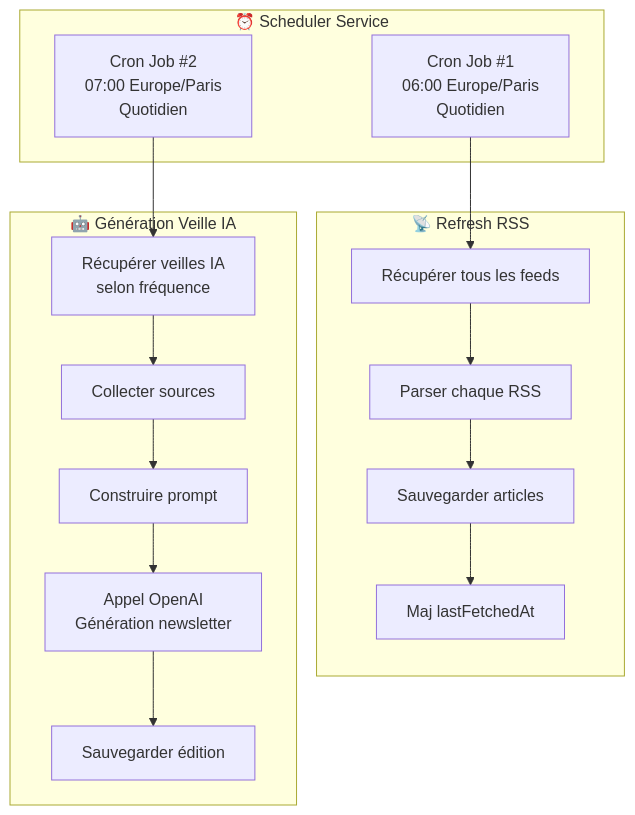
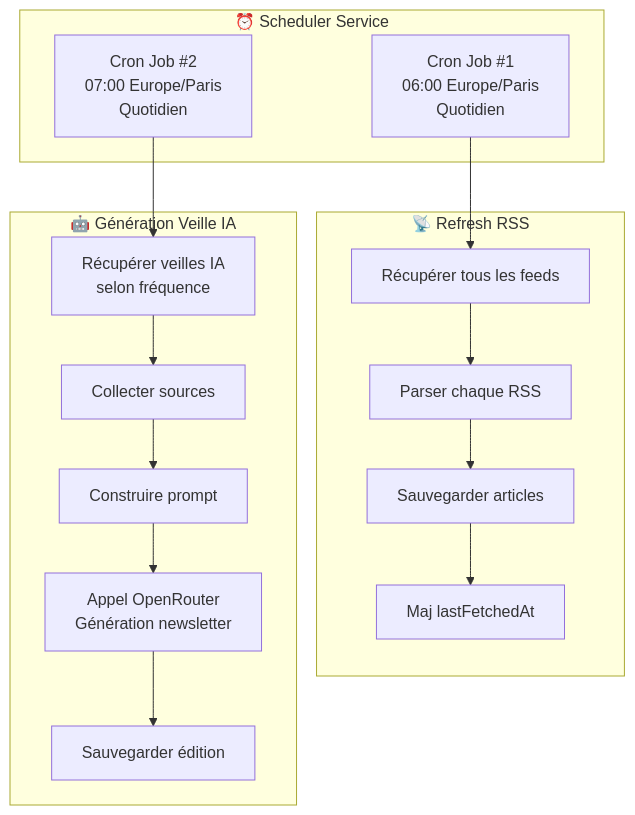
Before and after one commit to D4kooo/Altij-Ai-Lab: the eighth of 10 diagrams in docs/architecture-diagram.md, drawn with Mermaid. The commit also changed other lines of this file and 7 other files, not shown here.

````diff
--- a/docs/architecture-diagram.md
+++ b/docs/architecture-diagram.md
@@ -398,33 +440,33 @@
 ```mermaid
 graph TB
     subgraph Scheduler["⏰ Scheduler Service"]
         Cron1["Cron Job #1<br/>06:00 Europe/Paris<br/>Quotidien"]
         Cron2["Cron Job #2<br/>07:00 Europe/Paris<br/>Quotidien"]
     end
 
     subgraph Tasks1["📡 Refresh RSS"]
         GetFeeds["Récupérer tous les feeds"]
         FetchRSS["Parser chaque RSS"]
         SaveArticles["Sauvegarder articles"]
         UpdateTimestamp["Maj lastFetchedAt"]
     end
 
     subgraph Tasks2["🤖 Génération Veille IA"]
         GetVeilles["Récupérer veilles IA<br/>selon fréquence"]
         CollectSources["Collecter sources"]
         GeneratePrompt["Construire prompt"]
-        CallOpenAI["Appel OpenAI<br/>Génération newsletter"]
+        CallOpenRouter["Appel OpenRouter<br/>Génération newsletter"]
         SaveEdition["Sauvegarder édition"]
     end
 
     Cron1 --> GetFeeds
     GetFeeds --> FetchRSS
     FetchRSS --> SaveArticles
     SaveArticles --> UpdateTimestamp
 
     Cron2 --> GetVeilles
     GetVeilles --> CollectSources
     CollectSources --> GeneratePrompt
-    GeneratePrompt --> CallOpenAI
-    CallOpenAI --> SaveEdition
+    GeneratePrompt --> CallOpenRouter
+    CallOpenRouter --> SaveEdition
 ```
````
